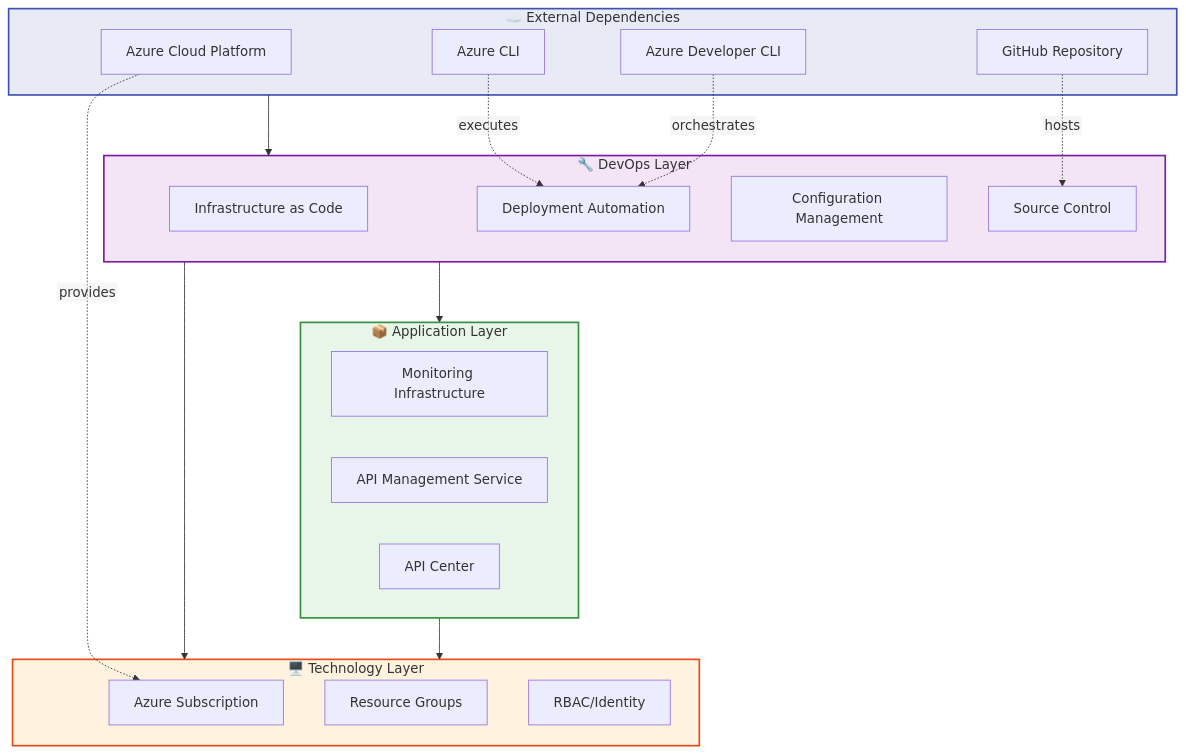
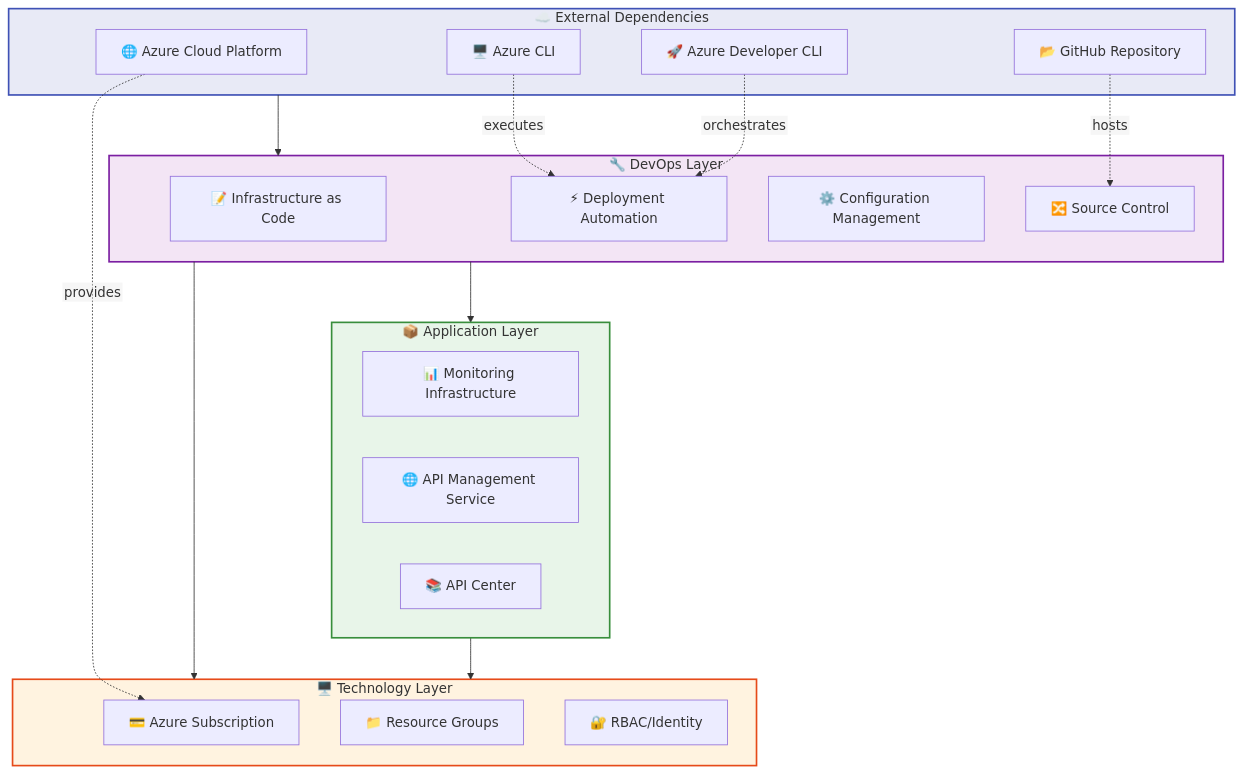
One commit to Evilazaro/APIM-Accelerator changed the fifth of 6 diagrams in docs/architecture/DevOps_Architecture_Document.md. Above: the diagram before and after it, drawn with Mermaid. The commit also changed other lines of this file and 1 other file, not shown here.

Commit message:
Enhance architecture documents with improved icons and formatting for clarity and visual appeal

````diff
--- a/docs/architecture/DevOps_Architecture_Document.md
+++ b/docs/architecture/DevOps_Architecture_Document.md
@@ -430,44 +430,44 @@
 ```mermaid
 %%{init: {"flowchart": {"htmlLabels": false}} }%%
 flowchart TB
     subgraph external["☁️ External Dependencies"]
-        azure["Azure Cloud Platform"]
-        github["GitHub Repository"]
-        azcli_ext["Azure CLI"]
-        azd_ext["Azure Developer CLI"]
+        azure["🌐 Azure Cloud Platform"]
+        github["📂 GitHub Repository"]
+        azcli_ext["🖥️ Azure CLI"]
+        azd_ext["🚀 Azure Developer CLI"]
     end
 
     subgraph devops_layer["🔧 DevOps Layer"]
-        iac["Infrastructure as Code"]
-        automation["Deployment Automation"]
-        config["Configuration Management"]
-        scm["Source Control"]
+        iac["📝 Infrastructure as Code"]
+        automation["⚡ Deployment Automation"]
+        config["⚙️ Configuration Management"]
+        scm["🔀 Source Control"]
     end
 
     subgraph app_layer["📦 Application Layer"]
-        monitoring["Monitoring Infrastructure"]
-        apim_svc["API Management Service"]
-        inventory_svc["API Center"]
+        monitoring["📊 Monitoring Infrastructure"]
+        apim_svc["🌐 API Management Service"]
+        inventory_svc["📚 API Center"]
     end
 
     subgraph tech_layer["🖥️ Technology Layer"]
-        subscription["Azure Subscription"]
-        resource_group["Resource Groups"]
-        rbac["RBAC/Identity"]
+        subscription["💳 Azure Subscription"]
+        resource_group["📁 Resource Groups"]
+        rbac["🔐 RBAC/Identity"]
     end
 
     external --> devops_layer
     devops_layer --> app_layer
     devops_layer --> tech_layer
     app_layer --> tech_layer
 
     azure -.->|provides| subscription
     github -.->|hosts| scm
     azcli_ext -.->|executes| automation
     azd_ext -.->|orchestrates| automation
 
     style external fill:#E8EAF6,stroke:#3F51B5,stroke-width:2px
     style devops_layer fill:#F3E5F5,stroke:#7B1FA2,stroke-width:2px
     style app_layer fill:#E8F5E9,stroke:#388E3C,stroke-width:2px
     style tech_layer fill:#FFF3E0,stroke:#E64A19,stroke-width:2px
 ```
````
